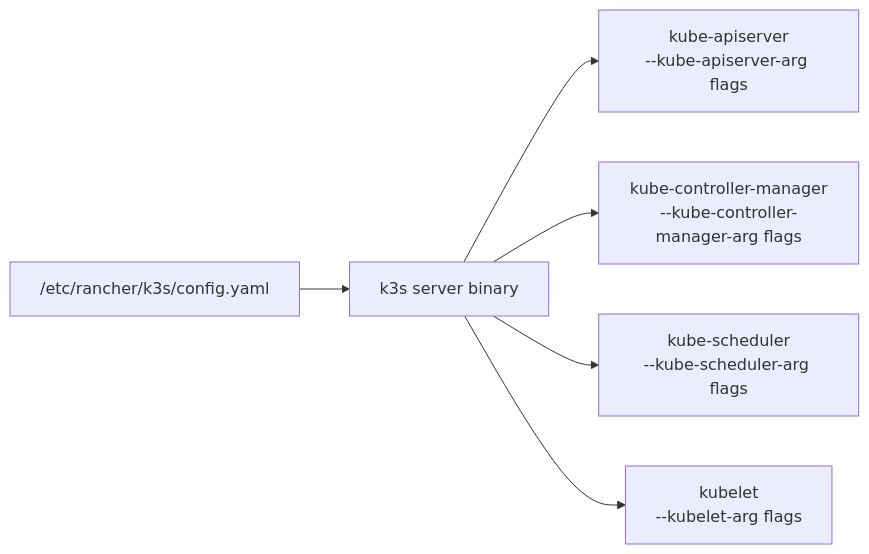
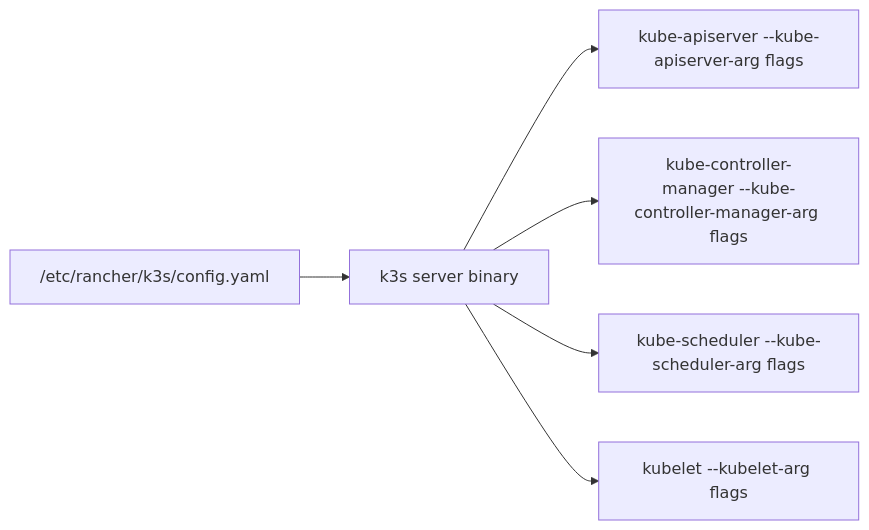
Before and after one commit to UncleJS/course_k3s: the second of 4 diagrams in 09_security/05_hardening_guide.md, drawn with Mermaid. The commit also changed other lines of this file and 57 other files, not shown here.

````diff
--- a/09_security/05_hardening_guide.md
+++ b/09_security/05_hardening_guide.md
@@ -99,8 +99,8 @@
 ```mermaid
 graph LR
     CONFIG["/etc/rancher/k3s/config.yaml"] --> K3S[k3s server binary]
-    K3S --> APISERVER[kube-apiserver\n--kube-apiserver-arg flags]
-    K3S --> CM[kube-controller-manager\n--kube-controller-manager-arg flags]
-    K3S --> SCH[kube-scheduler\n--kube-scheduler-arg flags]
-    K3S --> KL[kubelet\n--kubelet-arg flags]
+    K3S --> APISERVER[kube-apiserver --kube-apiserver-arg flags]
+    K3S --> CM[kube-controller-manager --kube-controller-manager-arg flags]
+    K3S --> SCH[kube-scheduler --kube-scheduler-arg flags]
+    K3S --> KL[kubelet --kubelet-arg flags]
 ```
````
